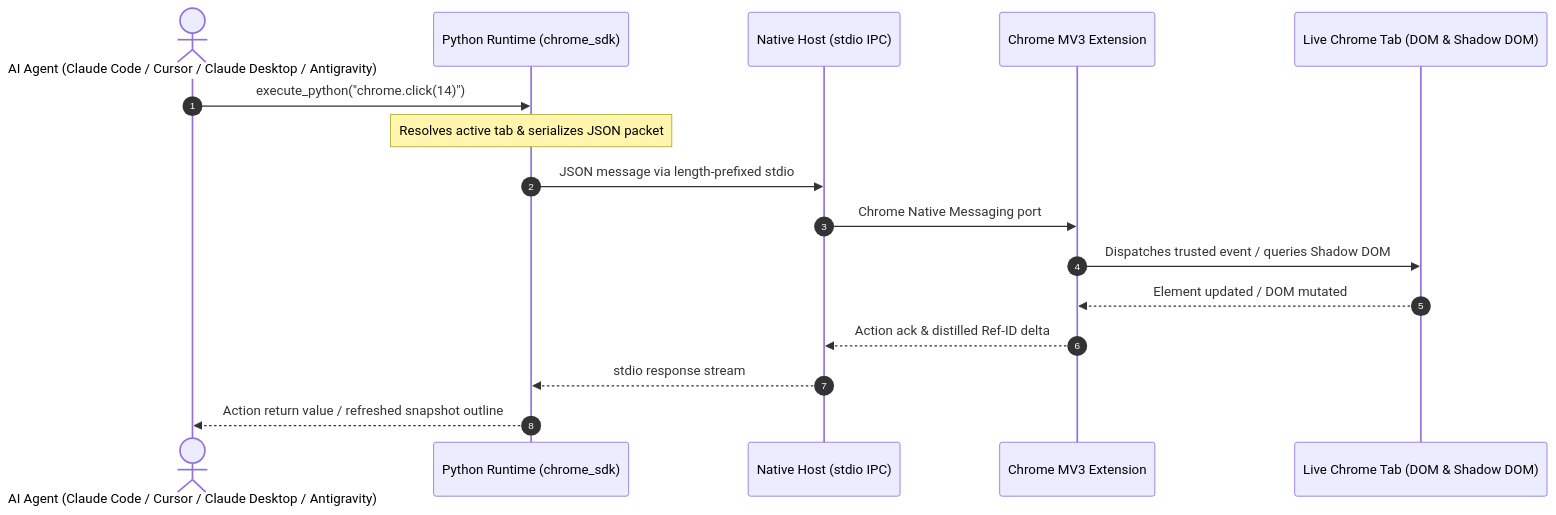
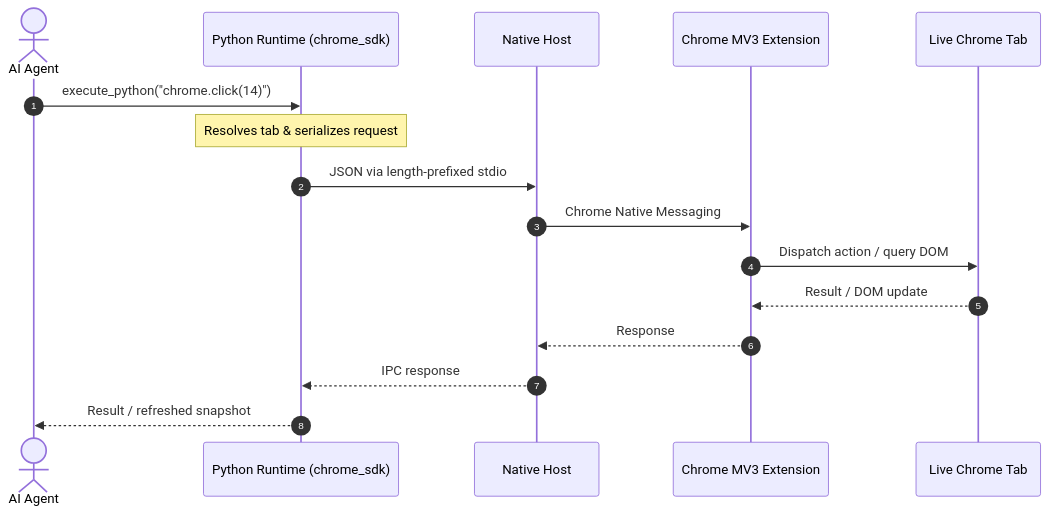
The first of 2 diagrams in README.md (sh7vansh/chrome-bridge), drawn with Mermaid before and after one commit. The commit also changed other lines of this file, not shown here.

````diff
--- a/README.md
+++ b/README.md
@@ -20,19 +49,19 @@
 ```mermaid
 sequenceDiagram
     autonumber
-    actor Agent as AI Agent (Claude Code / Cursor / Claude Desktop / Antigravity)
+    actor Agent as AI Agent
     participant REPL as Python Runtime (chrome_sdk)
-    participant Host as Native Host (stdio IPC)
+    participant Host as Native Host
     participant Ext as Chrome MV3 Extension
-    participant Tab as Live Chrome Tab (DOM & Shadow DOM)
+    participant Tab as Live Chrome Tab
 
     Agent->>REPL: execute_python("chrome.click(14)")
-    Note over REPL: Resolves active tab & serializes JSON packet
-    REPL->>Host: JSON message via length-prefixed stdio
-    Host->>Ext: Chrome Native Messaging port
-    Ext->>Tab: Dispatches trusted event / queries Shadow DOM
-    Tab-->>Ext: Element updated / DOM mutated
-    Ext-->>Host: Action ack & distilled Ref-ID delta
-    Host-->>REPL: stdio response stream
-    REPL-->>Agent: Action return value / refreshed snapshot outline
+    Note over REPL: Resolves tab & serializes request
+    REPL->>Host: JSON via length-prefixed stdio
+    Host->>Ext: Chrome Native Messaging
+    Ext->>Tab: Dispatch action / query DOM
+    Tab-->>Ext: Result / DOM update
+    Ext-->>Host: Response
+    Host-->>REPL: IPC response
+    REPL-->>Agent: Result / refreshed snapshot
 ```
````
